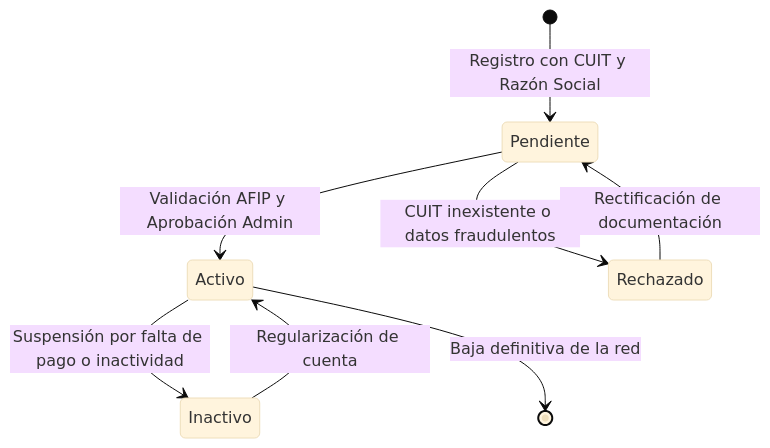
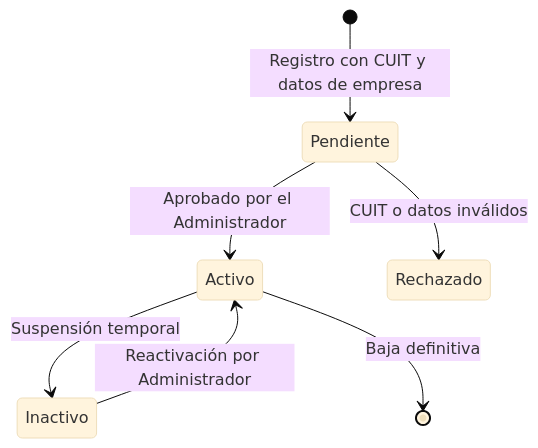
One commit to manurisolo2-blip/MateriaxPro changed the first of 3 diagrams in docs/DER.md. Above: the diagram before and after it, drawn with Mermaid (base theme). The commit also changed other lines of this file and 5 other files, not shown here.

````diff
--- a/docs/DER.md
+++ b/docs/DER.md
@@ -227,10 +115,9 @@
 ```mermaid
 stateDiagram-v2
-    [*] --> Pendiente : Registro con CUIT y Razón Social
-    Pendiente --> Activo : Validación AFIP y Aprobación Admin
-    Pendiente --> Rechazado : CUIT inexistente o datos fraudulentos
-    Rechazado --> Pendiente : Rectificación de documentación
-    Activo --> Inactivo : Suspensión por falta de pago o inactividad
-    Inactivo --> Activo : Regularización de cuenta
-    Activo --> [*] : Baja definitiva de la red
+    [*] --> Pendiente : Registro con CUIT y datos de empresa
+    Pendiente --> Activo : Aprobado por el Administrador
+    Pendiente --> Rechazado : CUIT o datos inválidos
+    Activo --> Inactivo : Suspensión temporal
+    Inactivo --> Activo : Reactivación por Administrador
+    Activo --> [*] : Baja definitiva
 ```
````
